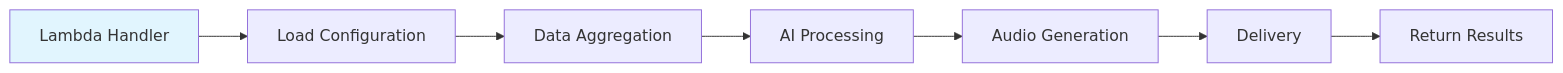
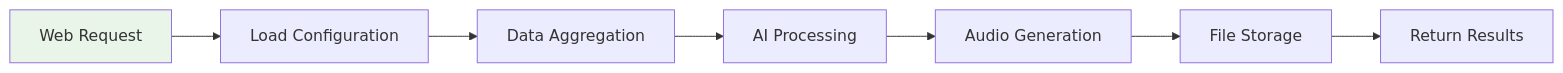
One commit to c0ld-w4ter/you-fm changed the fourth of 6 diagrams in TECHNICAL_DESIGN.md. Above: the diagram before and after it, drawn with Mermaid. The commit also changed other lines of this file and 22 other files, not shown here.

````diff
--- a/TECHNICAL_DESIGN.md
+++ b/TECHNICAL_DESIGN.md
@@ -159,11 +219,11 @@
 ```mermaid
 graph LR
-    A[Lambda Handler] --> B[Load Configuration]
+    A[Web Request] --> B[Load Configuration]
     B --> C[Data Aggregation]
     C --> D[AI Processing]
     D --> E[Audio Generation]
-    E --> F[Delivery]
+    E --> F[File Storage]
     F --> G[Return Results]
     
-    style A fill:#e1f5fe
+    style A fill:#e8f5e8
 ```
````
